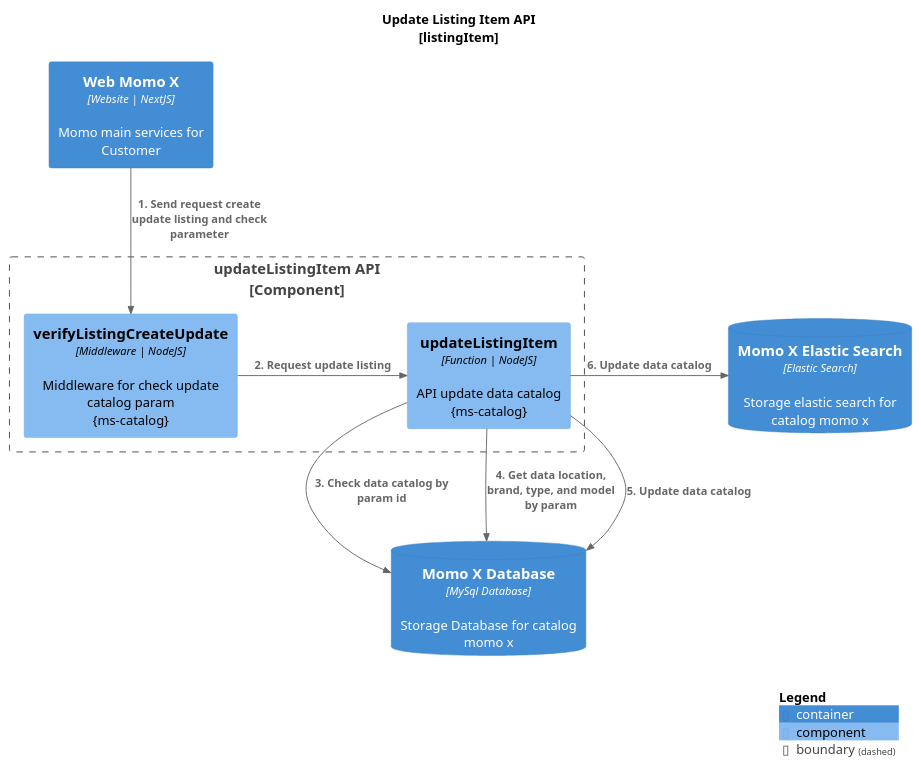
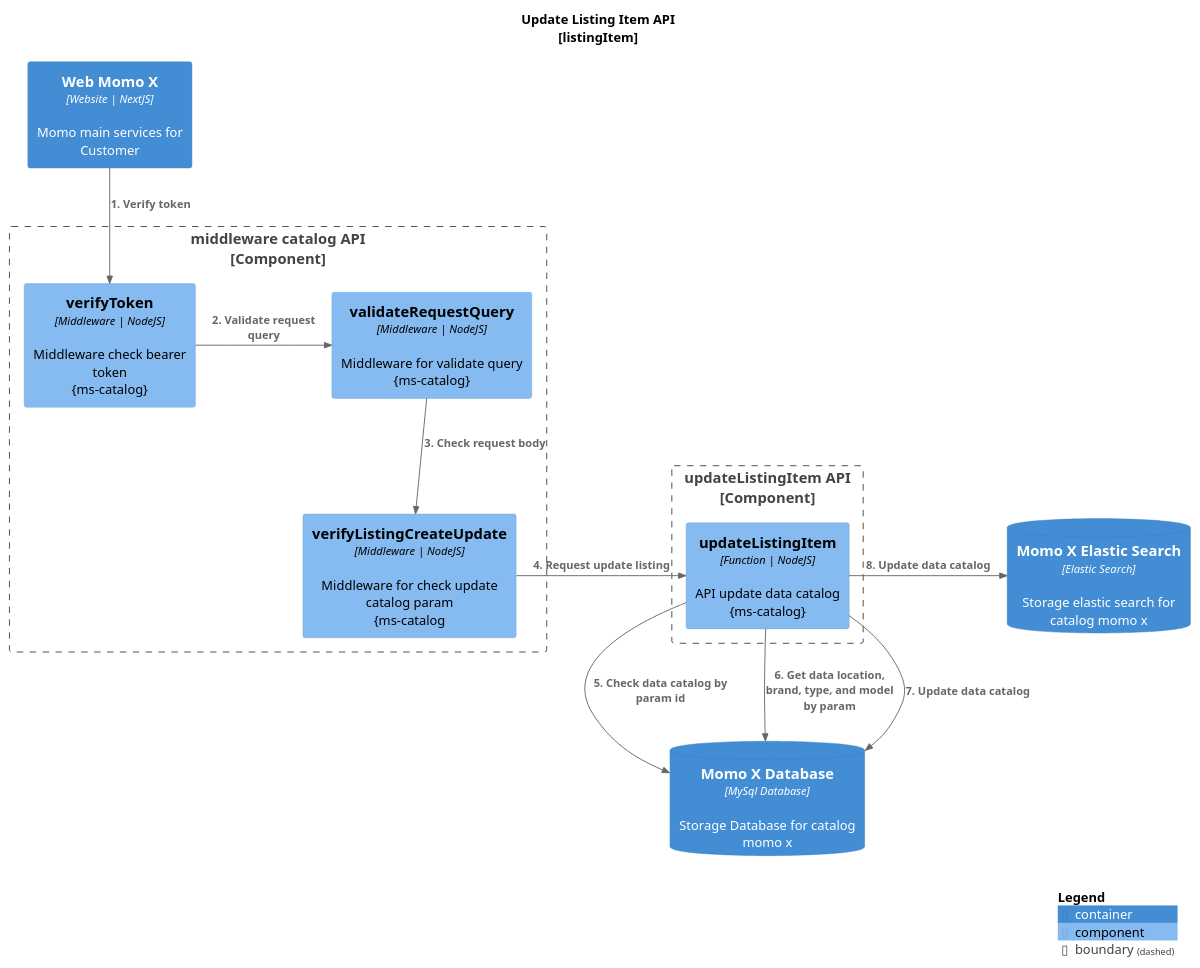
The diagram in MomoX/ms-catalog/listingItem/updateListingItem.puml (JoshAndreas/Project-C4-Diagram), drawn with PlantUML before and after one commit. The commit also changed 52 other files, not shown here.

Commit message:
New C4 Diagram File for Auto X

```diff
--- a/MomoX/ms-catalog/listingItem/updateListingItem.puml
+++ b/MomoX/ms-catalog/listingItem/updateListingItem.puml
@@ -1,28 +1,37 @@
 @startuml
 !include https://raw.githubusercontent.com/plantuml-stdlib/C4-PlantUML/master/C4_Component.puml
 
 
 LAYOUT_WITH_LEGEND()
 title Update Listing Item API\n[listingItem]
 
     Container(web_momo_x, "Web Momo X", "Website | NextJS", "Momo main services for Customer")
+
+    Boundary(middleware, "middleware catalog API\n[Component]"){
+
+        Component(verify_token, "verifyToken", "Middleware | NodeJS", "Middleware check bearer token\n{ms-catalog}")
+        Component(validate_query, "validateRequestQuery", "Middleware | NodeJS", "Middleware for validate query\n{ms-catalog}")
+        Component(catalog_middleware, "verifyListingCreateUpdate", "Middleware | NodeJS", "Middleware for check update catalog param\n{ms-catalog")
+
+    }
     
     Boundary(api, "updateListingItem API\n[Component]"){
 
-        Component(catalog_middleware, "verifyListingCreateUpdate", "Middleware | NodeJS", "Middleware for check update catalog param\n{ms-catalog}")
         Component(updateListingItem, "updateListingItem", "Function | NodeJS", "API update data catalog \n{ms-catalog}")
 
     }
     ContainerDb(momo_x_elasticsearch, "Momo X Elastic Search", "Elastic Search", "Storage elastic search for catalog momo x")
     ContainerDb(momo_x_storage, "Momo X Database", "MySql Database", "Storage Database for catalog momo x")
 
 
-Rel_D(web_momo_x, catalog_middleware, "1. Send request create update listing and check parameter")
-Rel_R(catalog_middleware, updateListingItem, "2. Request update listing")
-Rel_D(updateListingItem, momo_x_storage, "3. Check data catalog by param id")
-Rel_D(updateListingItem, momo_x_storage, "4. Get data location, brand, type, and model by param")
-Rel_D(updateListingItem, momo_x_storage, "5. Update data catalog")
-Rel_R(updateListingItem, momo_x_elasticsearch, "6. Update data catalog")
+Rel_D(web_momo_x, verify_token, "1. Verify token")
+Rel_R(verify_token, validate_query, "2. Validate request query")
+Rel_D(validate_query, catalog_middleware, "3. Check request body")
+Rel_R(catalog_middleware, updateListingItem, "4. Request update listing")
+Rel_D(updateListingItem, momo_x_storage, "5. Check data catalog by param id")
+Rel_D(updateListingItem, momo_x_storage, "6. Get data location, brand, type, and model by param")
+Rel_D(updateListingItem, momo_x_storage, "7. Update data catalog")
+Rel_R(updateListingItem, momo_x_elasticsearch, "8. Update data catalog")
 
 SHOW_LEGEND()
 @enduml
```
